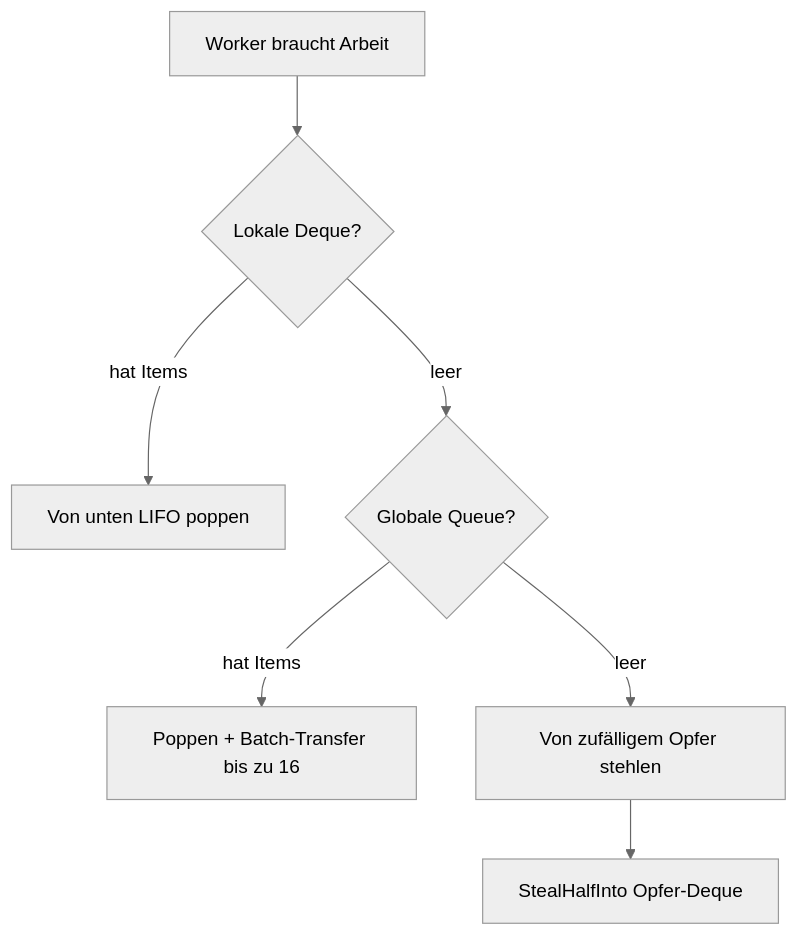
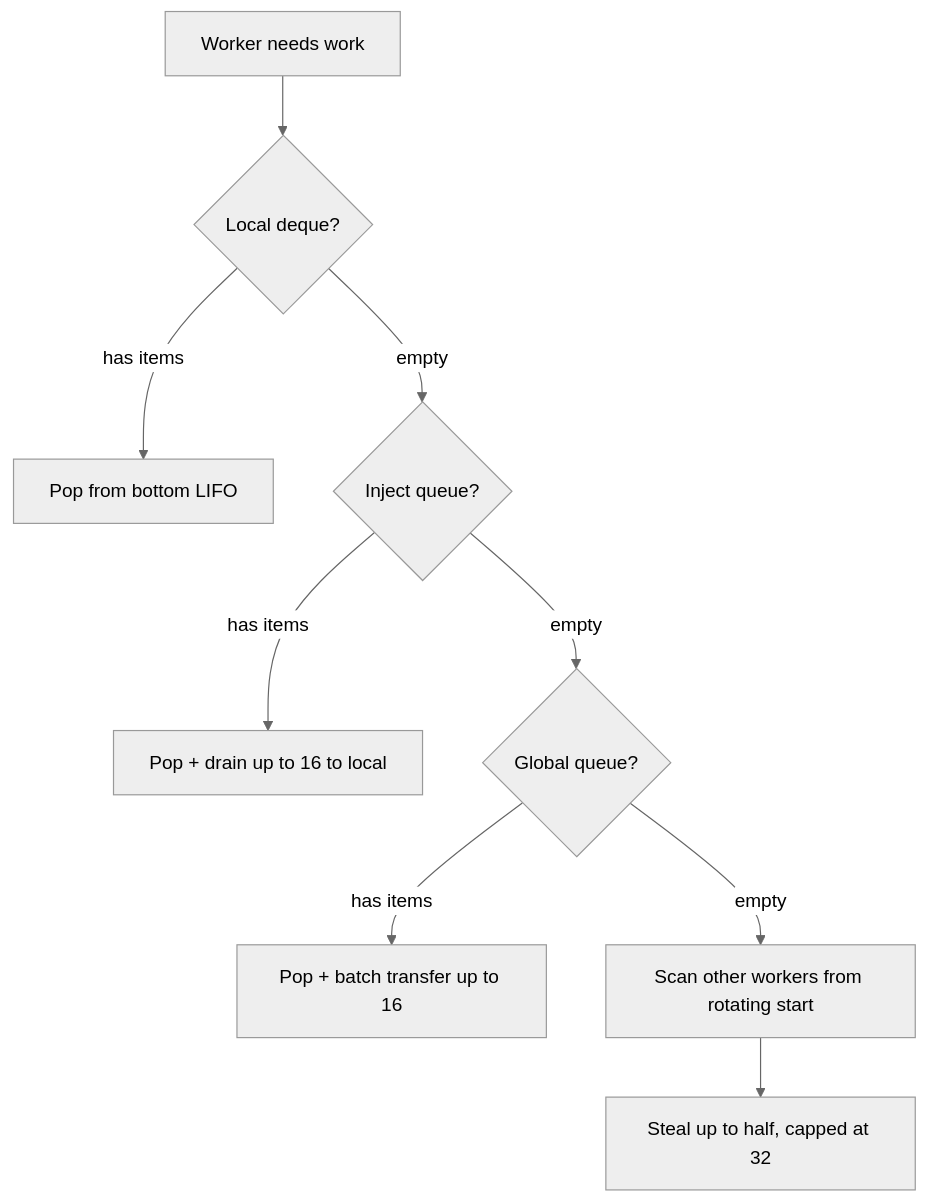
One commit to wippyai/docs changed the first of 2 diagrams in de/internals/scheduler.md. Above: the diagram before and after it, drawn with Mermaid (neutral theme). The commit also changed other lines of this file and 45 other files, not shown here.

````diff
--- a/de/internals/scheduler.md
+++ b/de/internals/scheduler.md
@@ -47,9 +49,11 @@
 ```mermaid
 flowchart TD
-    W[Worker braucht Arbeit] --> L{Lokale Deque?}
-    L -->|hat Items| LP[Von unten LIFO poppen]
-    L -->|leer| G{Globale Queue?}
-    G -->|hat Items| GP[Poppen + Batch-Transfer bis zu 16]
-    G -->|leer| S[Von zufälligem Opfer stehlen]
-    S --> SH[StealHalfInto Opfer-Deque]
+    W[Worker needs work] --> L{Local deque?}
+    L -->|has items| LP[Pop from bottom LIFO]
+    L -->|empty| I{Inject queue?}
+    I -->|has items| IP[Pop + drain up to 16 to local]
+    I -->|empty| G{Global queue?}
+    G -->|has items| GP[Pop + batch transfer up to 16]
+    G -->|empty| S[Scan other workers from rotating start]
+    S --> SH[Steal up to half, capped at 32]
 ```
````
